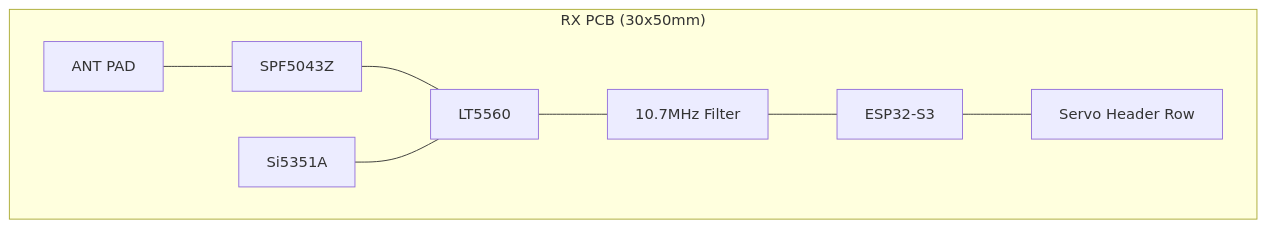
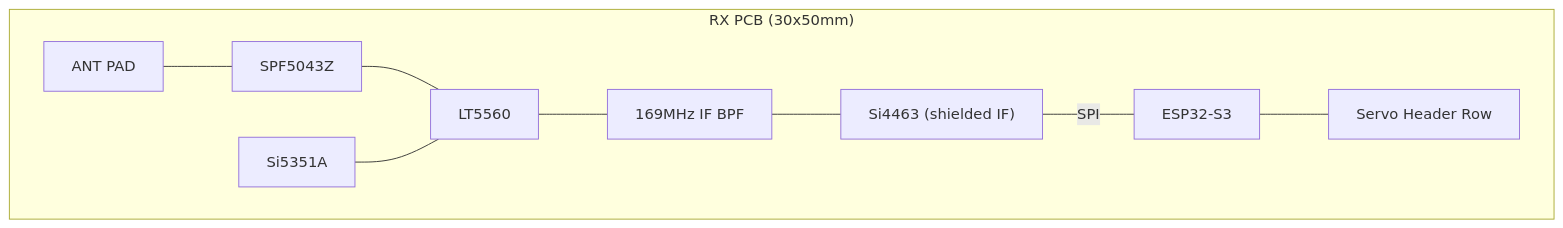
The diagram in RX_Hardware/RX_PCB_Design_Guide.md (ne9n/RC_6m), drawn with Mermaid before and after one commit. The commit also changed other lines of this file and 29 other files, not shown here.

First line of the commit message:
Move receive chain to Si4463 upconversion; fix RX/TX schematic wiring

````diff
--- a/RX_Hardware/RX_PCB_Design_Guide.md
+++ b/RX_Hardware/RX_PCB_Design_Guide.md
@@ -59,11 +66,12 @@
 ```mermaid
 graph TD
     subgraph "RX PCB (30x50mm)"
         ANT["ANT PAD"] --- LNA["SPF5043Z"]
         LNA --- MIX["LT5560"]
         SI["Si5351A"] --- MIX
-        MIX --- FILT["10.7MHz Filter"]
-        FILT --- MCU["ESP32-S3"]
+        MIX --- FILT["169MHz IF BPF"]
+        FILT --- SI44["Si4463 (shielded IF)"]
+        SI44 -- "SPI" --- MCU["ESP32-S3"]
         MCU --- SERVO["Servo Header Row"]
     end
 ```
````
